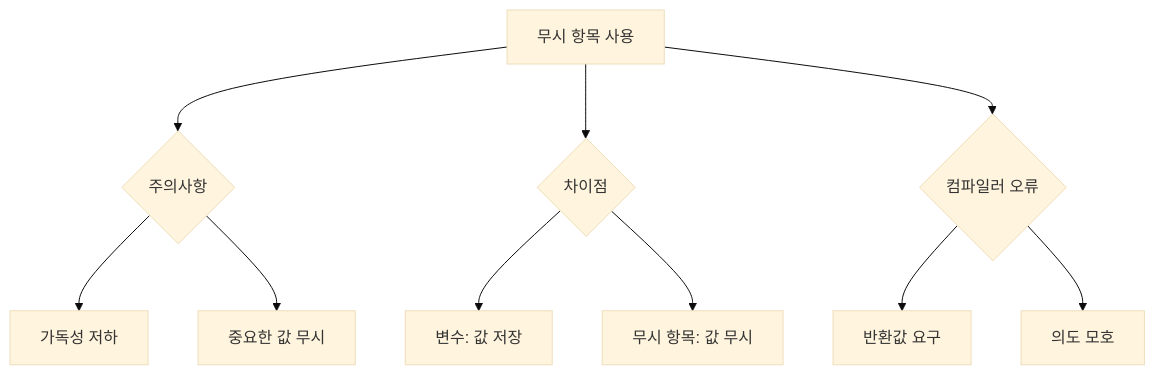
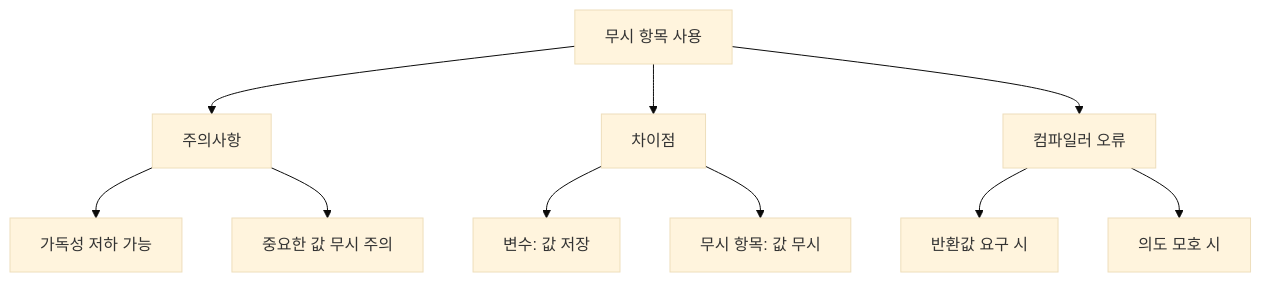
One commit to 42jerrykim/42jerrykim.github.io changed the fifth of 7 diagrams in content/post/2024/2024-10-16-csharp-discards/index.md. Above: the diagram before and after it, drawn with Mermaid (base theme). The commit also changed other lines of this file and 239 other files, not shown here.

````diff
--- a/content/post/2024/2024-10-16-csharp-discards/index.md
+++ b/content/post/2024/2024-10-16-csharp-discards/index.md
@@ -486,12 +374,22 @@
 ```mermaid
-graph TD;
-    A[무시 항목 사용] --> B{주의사항}
-    B --> C[가독성 저하]
-    B --> D[중요한 값 무시]
-    A --> E{차이점}
-    E --> F[변수: 값 저장]
-    E --> G[무시 항목: 값 무시]
-    A --> H{컴파일러 오류}
-    H --> I[반환값 요구]
-    H --> J[의도 모호]
+graph TD
+    UseDiscardFAQ["무시 항목 사용"]
+    CautionBranch["주의사항"]
+    ReadabilityDown["가독성 저하 가능"]
+    ImportantIgnore["중요한 값 무시 주의"]
+    DiffBranch["차이점"]
+    VarStore["변수: 값 저장"]
+    DiscardIgnore["무시 항목: 값 무시"]
+    ErrorBranch["컴파일러 오류"]
+    ReturnRequired["반환값 요구 시"]
+    IntentAmbiguous["의도 모호 시"]
+    UseDiscardFAQ --> CautionBranch
+    UseDiscardFAQ --> DiffBranch
+    UseDiscardFAQ --> ErrorBranch
+    CautionBranch --> ReadabilityDown
+    CautionBranch --> ImportantIgnore
+    DiffBranch --> VarStore
+    DiffBranch --> DiscardIgnore
+    ErrorBranch --> ReturnRequired
+    ErrorBranch --> IntentAmbiguous
 ```
````
